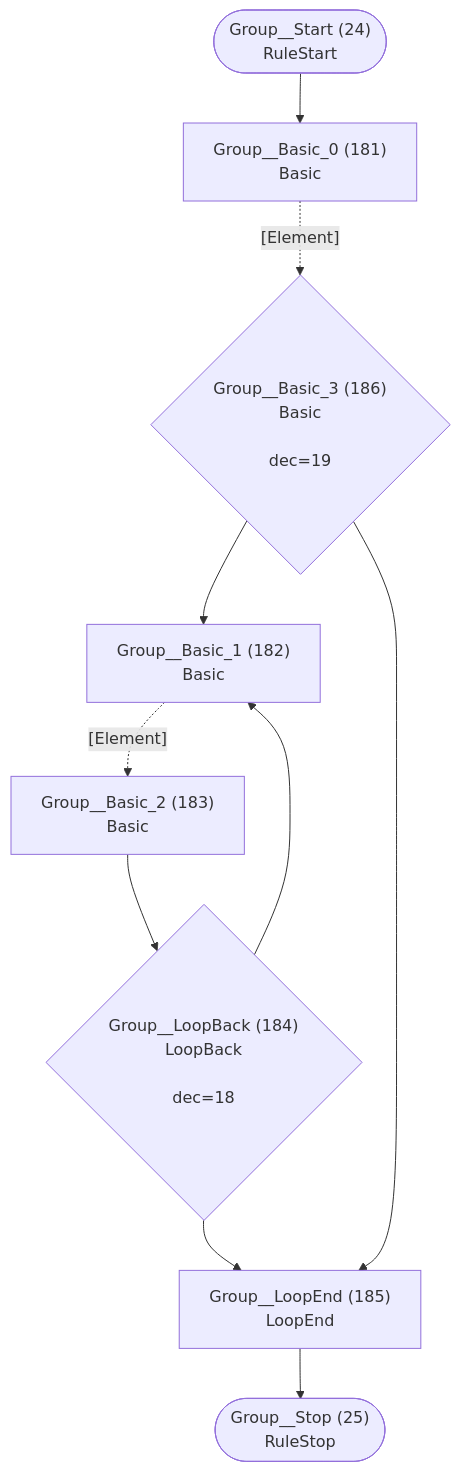
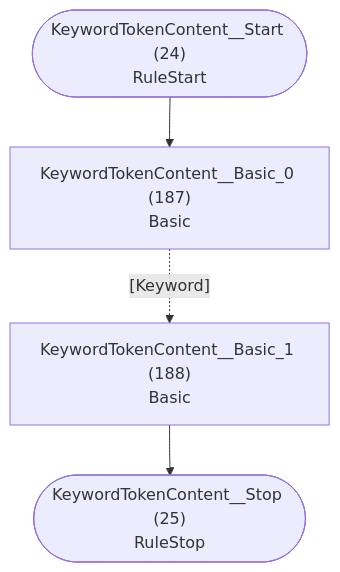
Diagram 13 of 40 in internal/grammar/atn.md (TypeFox/fastbelt), drawn with Mermaid before and after one commit. The commit also changed other lines of this file and 84 other files, not shown here.

````diff
--- a/internal/grammar/atn.md
+++ b/internal/grammar/atn.md
@@ -397,21 +362,11 @@
 ```mermaid
 flowchart TD
-    q24(["Group__Start (24)<br/>RuleStart"])
-    q25(["Group__Stop (25)<br/>RuleStop"])
-    q181["Group__Basic_0 (181)<br/>Basic<br/>"]
-    q182["Group__Basic_1 (182)<br/>Basic<br/>"]
-    q183["Group__Basic_2 (183)<br/>Basic<br/>"]
-    q184{"Group__LoopBack (184)<br/>LoopBack<br/><br/>dec=18"}
-    q185["Group__LoopEnd (185)<br/>LoopEnd<br/>"]
-    q186{"Group__Basic_3 (186)<br/>Basic<br/><br/>dec=19"}
+    q24(["KeywordTokenContent__Start (24)<br/>RuleStart"])
+    q25(["KeywordTokenContent__Stop (25)<br/>RuleStop"])
+    q187["KeywordTokenContent__Basic_0 (187)<br/>Basic<br/>"]
+    q188["KeywordTokenContent__Basic_1 (188)<br/>Basic<br/>"]
 
-    q24 --> q181
-    q181 -.->|"[Element]"| q186
-    q182 -.->|"[Element]"| q183
-    q183 --> q184
-    q184 --> q182
-    q184 --> q185
-    q185 --> q25
-    q186 --> q182
-    q186 --> q185
+    q24 --> q187
+    q187 -.->|"[Keyword]"| q188
+    q188 --> q25
 ```
````
